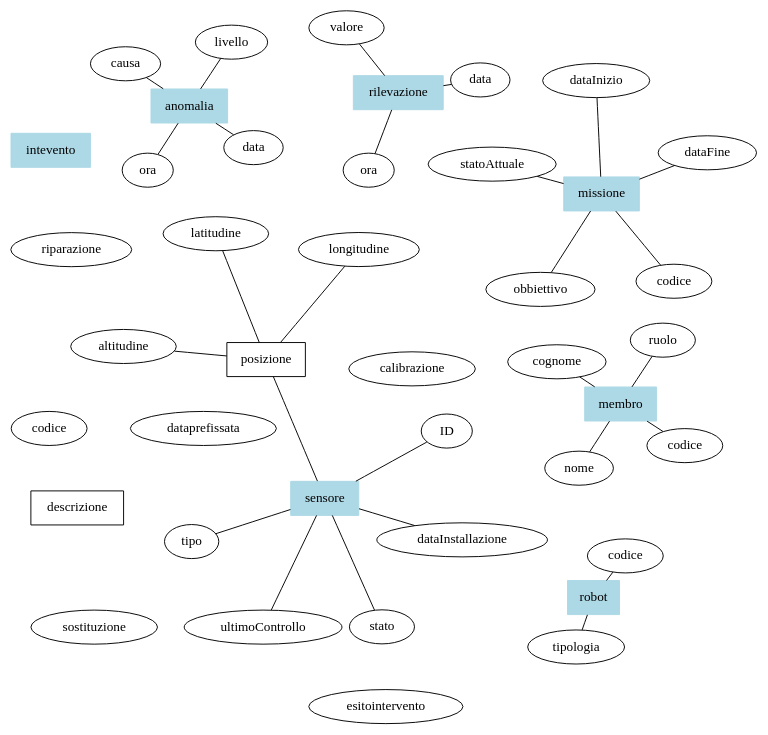
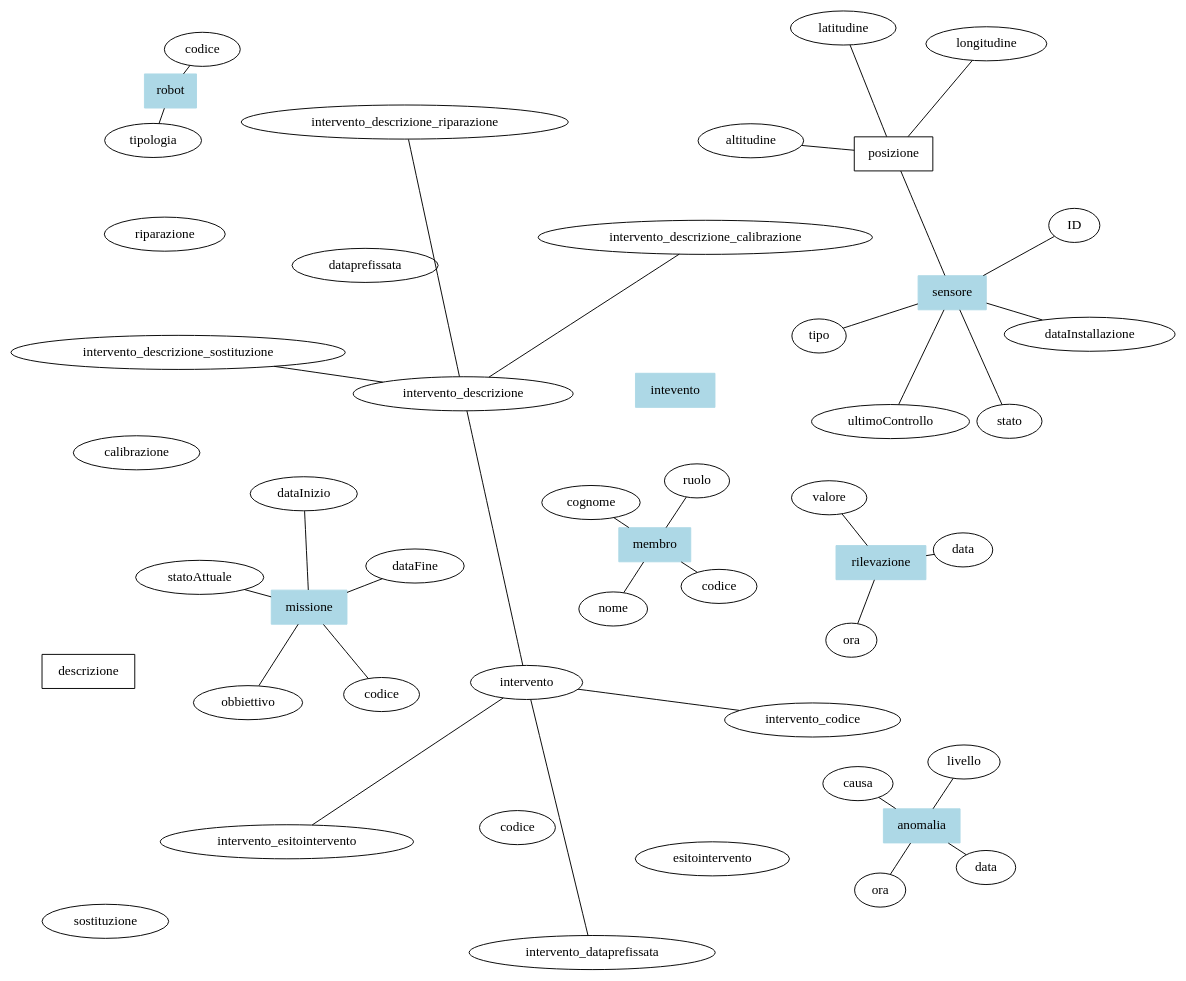
One commit to Air4x/Progetto-2024-25-DB changed the diagram in Modello-ER.dot. Above: the diagram before and after it, drawn with Graphviz. The commit also changed other lines of this file, not shown here.

Commit message:
aggiunti i collegamenti tra intervento e attributi

```diff
--- a/Modello-ER.dot
+++ b/Modello-ER.dot
@@ -1,78 +1,84 @@
 graph ER {
     layout=neato;
     overlap=false;
     // Entità
     /// Missione
     missione[shape="box", style=filled, color="lightblue"];
     missione_codice[label="codice"];
     missione_obbiettivo[label="obbiettivo"];
     missione_statoattuale[label="statoAttuale"];
     missione_dataFine[label="dataFine"];
     missione_dataInizio[label="dataInizio"];
     missione -- missione_codice;
     missione -- missione_obbiettivo;
     missione -- missione_statoattuale;
     missione -- missione_dataFine;
     missione -- missione_dataInizio;
     /// Membri dell'Equipaggio
     membro[shape="box", style=filled, color="lightblue"];
     membro_codice[label="codice"];
     membro_nome[label="nome"];
     membro_cognome[label="cognome"];
     membro_ruolo[label="ruolo"];
     membro -- membro_codice;
     membro -- membro_nome;
     membro -- membro_cognome;
     membro -- membro_ruolo;
     /// Sensori
     sensore[shape="box", style=filled, color="lightblue"];
     sensore_ID[label="ID"];
     sensore_posizione[shape="box", label="posizione"];
     sensore_pos_latitudine[label="latitudine"];
     sensore_pos_longitudine[label="longitudine"];
     sensore_pos_altitudine[label="altitudine"];
     sensore_tipo[label="tipo"];
     sensore_dataInstallazione[label="dataInstallazione"];
     sensore_ultimoControllo[label="ultimoControllo"];
     sensore_stato[label="stato"];
     sensore -- sensore_ID;
     sensore -- sensore_posizione;
     sensore_posizione -- sensore_pos_latitudine;
     sensore_pos_longitudine -- sensore_posizione -- sensore_pos_altitudine;
     sensore -- sensore_tipo;
     sensore -- sensore_dataInstallazione;
     sensore -- sensore_ultimoControllo;
     sensore -- sensore_stato;
     /// Robot
     robot[shape="box", style=filled, color="lightblue"];
     robot_codice[label="codice"];
     robot_tipo[label="tipologia"];
     robot_codice -- robot -- robot_tipo;
     /// Rilevazione
     rilevazione[shape="box", style=filled, color="lightblue"];
     rilevazione_data[label="data"];
     rilevazione_ora[label="ora"];
     rilevazione_valore[label="valore"];
     rilevazione_data -- rilevazione -- rilevazione_ora;
     rilevazione -- rilevazione_valore;
     /// Anomalia
     anomalia[shape="box", style=filled, color="lightblue"];
     anomalia_data[label="data"];
     anomalia_ora[label="ora"];
     anomalia_causa[label="causa"];
     anomalia_livello[label="livello"];
     anomalia_data -- anomalia -- anomalia_ora;
     anomalia_causa -- anomalia -- anomalia_livello;
     /// Intervento
     intevento[shape="box", style=filled, color="lightblue"];
     intevento_codice[label="codice"];
     intevento_descrizione[shape="box", label="descrizione"];
     intevento_descrizione_riparazione[label="riparazione"];
     intevento_descrizione_calibrazione[label="calibrazione"];
     intevento_descrizione_sostituzione[label="sostituzione"];
     intevento_dataprefissata[label="dataprefissata"];
     intevento_esitointervento[label="esitointervento"];
+    intervento -- intervento_codice;
+    intervento -- intervento_descrizione;
+    intervento_descrizione_riparazione -- intervento_descrizione -- intervento_descrizione_calibrazione;
+    intervento_descrizione_sostituzione -- intervento_descrizione;
+    intervento -- intervento_esitointervento;
+    intervento -- intervento_dataprefissata;
     /// Report
     // Relazioni
     // Varie ed Eventuali
 }
```
